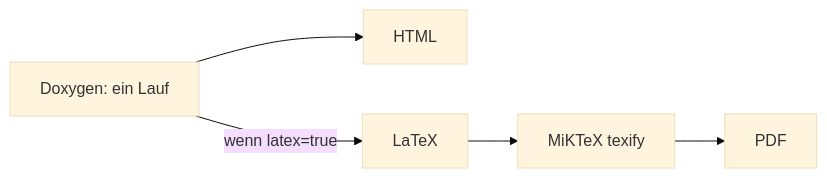
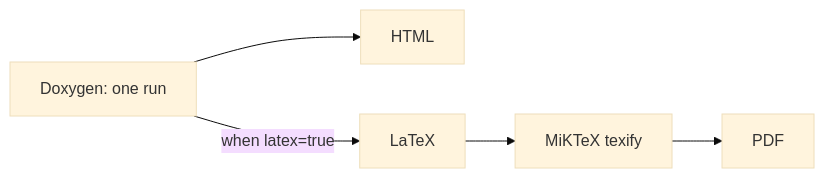
The diagram in admin/server-docs/tools.md (adeccscholar/BuildEngine-Admin), drawn with Mermaid (base theme) before and after one commit. The commit also changed other lines of this file, not shown here.

````diff
--- a/admin/server-docs/tools.md
+++ b/admin/server-docs/tools.md
@@ -48,7 +50,7 @@
 ```mermaid
 flowchart LR
-   D[Doxygen: ein Lauf] --> H[HTML]
-   D -->|wenn latex=true| L[LaTeX]
+   D[Doxygen: one run] --> H[HTML]
+   D -->|when latex=true| L[LaTeX]
    L --> M[MiKTeX texify]
    M --> P[PDF]
 ```
````
